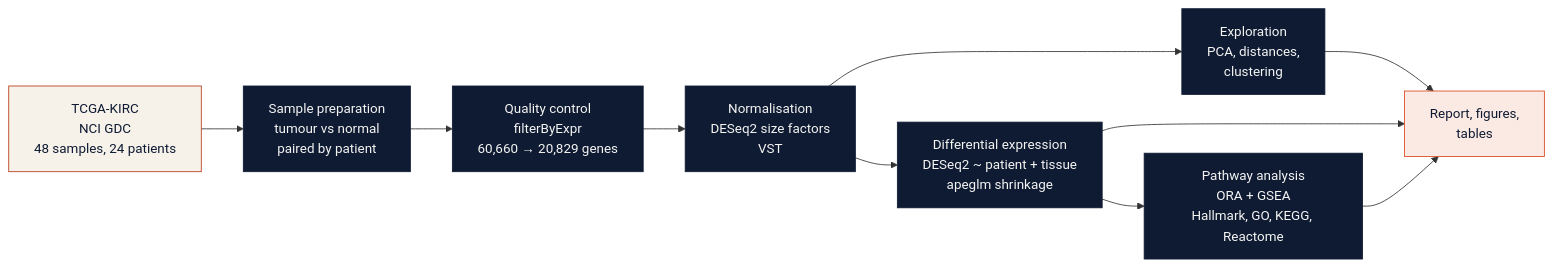
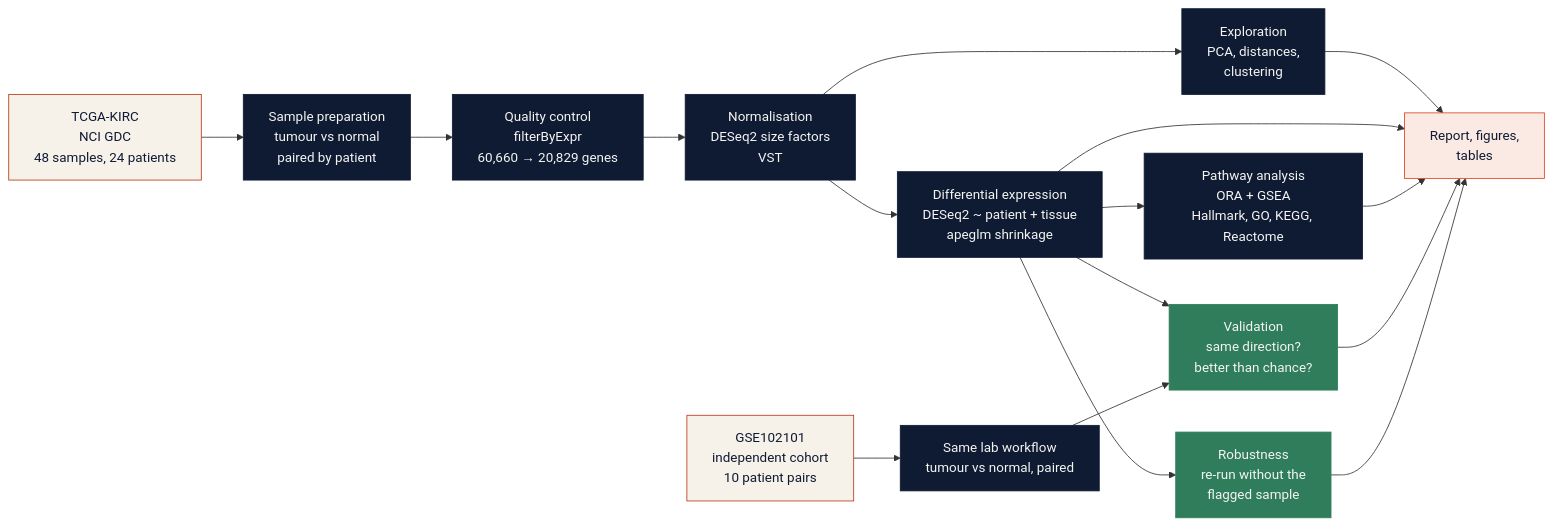
One commit to MultiOmics-Intelligence/lsma-lab-bulk-rnaseq-kidney-cancer-tcga-kirc changed the diagram in README.md. Above: the diagram before and after it, drawn with Mermaid. The commit also changed other lines of this file and 9 other files, not shown here.

Commit message:
Add independent validation (GSE102101), robustness check, repository structure and animated banner

````diff
--- a/README.md
+++ b/README.md
@@ -93,18 +97,26 @@
 ```mermaid
 flowchart LR
     A["TCGA-KIRC<br/>NCI GDC<br/>48 samples, 24 patients"] --> B["Sample preparation<br/>tumour vs normal<br/>paired by patient"]
     B --> C["Quality control<br/>filterByExpr<br/>60,660 → 20,829 genes"]
     C --> D["Normalisation<br/>DESeq2 size factors<br/>VST"]
     D --> E["Exploration<br/>PCA, distances,<br/>clustering"]
     D --> F["Differential expression<br/>DESeq2 ~ patient + tissue<br/>apeglm shrinkage"]
     F --> G["Pathway analysis<br/>ORA + GSEA<br/>Hallmark, GO, KEGG, Reactome"]
     E --> H["Report, figures,<br/>tables"]
     F --> H
     G --> H
+    V1["GSE102101<br/>independent cohort<br/>10 patient pairs"] --> V2["Same lab workflow<br/>tumour vs normal, paired"]
+    F --> V3["Validation<br/>same direction?<br/>better than chance?"]
+    V2 --> V3
+    F --> V4["Robustness<br/>re-run without the<br/>flagged sample"]
+    V3 --> H
+    V4 --> H
     classDef data fill:#F6F2EA,stroke:#B83A16,color:#0F1B33
     classDef step fill:#0F1B33,stroke:#0F1B33,color:#F4F4F2
+    classDef check fill:#2F7D5B,stroke:#2F7D5B,color:#F4F4F2
     classDef out fill:#FBEAE3,stroke:#D9481F,color:#0F1B33
-    class A data
-    class B,C,D,E,F,G step
+    class A,V1 data
+    class B,C,D,E,F,G,V2 step
+    class V3,V4 check
     class H out
 ```
````
